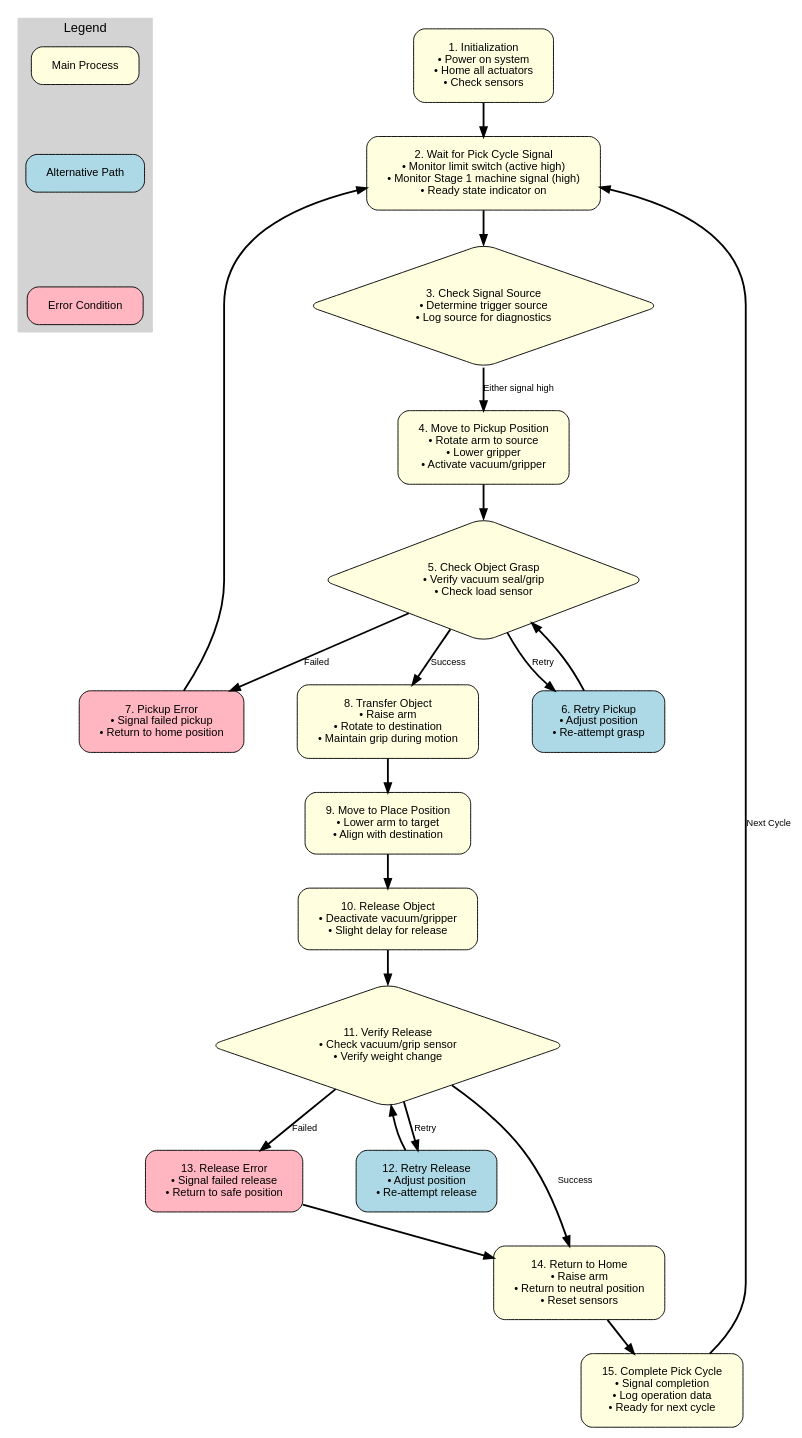
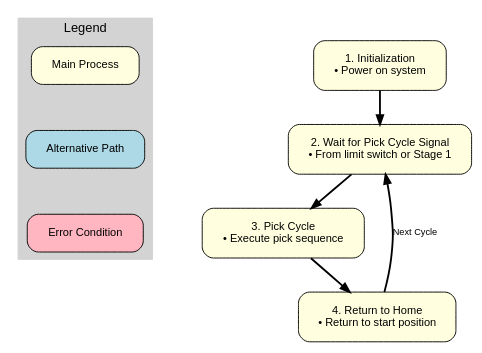
Before and after one commit to akivaweil/Transfer-Arm-TA-Mar25: the diagram in flowchart.dot, drawn with Graphviz. The commit also changed 3 other files, not shown here.

```diff
--- a/flowchart.dot
+++ b/flowchart.dot
@@ -1,81 +1,36 @@
 digraph "Transfer_Arm_Flow" {
     // Graph settings
     graph [fontname="Arial", ranksep=0.5, nodesep=0.8, splines=true];
     node [fontname="Arial", fontsize=12, style="filled,rounded", shape=box, margin="0.3,0.2"];
     edge [fontname="Arial", fontsize=10, penwidth=2];
     
     // Legend
     subgraph cluster_legend {
         label="Legend";
         style=filled;
         color=lightgrey;
         fontsize=14;
         
         legend_main [label="Main Process", fillcolor=lightyellow];
         legend_alt [label="Alternative Path", fillcolor=lightblue];
         legend_error [label="Error Condition", fillcolor=lightpink];
         
         legend_main -> legend_alt [style=invis];
         legend_alt -> legend_error [style=invis];
     }
 
     // Nodes
-    start [label="1. Initialization\n• Power on system\n• Home all actuators\n• Check sensors", fillcolor=lightyellow];
+    start [label="1. Initialization\n• Power on system", fillcolor=lightyellow];
     
-    wait_pickup [label="2. Wait for Pick Cycle Signal\n• Monitor limit switch (active high)\n• Monitor Stage 1 machine signal (high)\n• Ready state indicator on", fillcolor=lightyellow];
+    wait_pickup [label="2. Wait for Pick Cycle Signal\n• From limit switch or Stage 1", fillcolor=lightyellow];
     
-    check_signal [label="3. Check Signal Source\n• Determine trigger source\n• Log source for diagnostics", shape=diamond, fillcolor=lightyellow];
+    position_pickup [label="3. Pick Cycle\n• Execute pick sequence", fillcolor=lightyellow];
     
-    position_pickup [label="4. Move to Pickup Position\n• Rotate arm to source\n• Lower gripper\n• Activate vacuum/gripper", fillcolor=lightyellow];
-    
-    check_grasp [label="5. Check Object Grasp\n• Verify vacuum seal/grip\n• Check load sensor", shape=diamond, fillcolor=lightyellow];
-    
-    retry_pickup [label="6. Retry Pickup\n• Adjust position\n• Re-attempt grasp", fillcolor=lightblue];
-    
-    pickup_error [label="7. Pickup Error\n• Signal failed pickup\n• Return to home position", fillcolor=lightpink];
-    
-    transfer [label="8. Transfer Object\n• Raise arm\n• Rotate to destination\n• Maintain grip during motion", fillcolor=lightyellow];
-    
-    position_place [label="9. Move to Place Position\n• Lower arm to target\n• Align with destination", fillcolor=lightyellow];
-    
-    release_object [label="10. Release Object\n• Deactivate vacuum/gripper\n• Slight delay for release", fillcolor=lightyellow];
-    
-    check_release [label="11. Verify Release\n• Check vacuum/grip sensor\n• Verify weight change", shape=diamond, fillcolor=lightyellow];
-    
-    retry_release [label="12. Retry Release\n• Adjust position\n• Re-attempt release", fillcolor=lightblue];
-    
-    release_error [label="13. Release Error\n• Signal failed release\n• Return to safe position", fillcolor=lightpink];
-    
-    return_home [label="14. Return to Home\n• Raise arm\n• Return to neutral position\n• Reset sensors", fillcolor=lightyellow];
-    
-    complete_cycle [label="15. Complete Pick Cycle\n• Signal completion\n• Log operation data\n• Ready for next cycle", fillcolor=lightyellow];
+    return_home [label="4. Return to Home\n• Return to start position", fillcolor=lightyellow];
     
     // Edges
     start -> wait_pickup;
-    wait_pickup -> check_signal;
-    
-    check_signal -> position_pickup [label="Either signal high"];
-    
-    position_pickup -> check_grasp;
-    
-    check_grasp -> transfer [label="Success"];
-    check_grasp -> retry_pickup [label="Retry"];
-    check_grasp -> pickup_error [label="Failed"];
-    
-    retry_pickup -> check_grasp;
-    pickup_error -> wait_pickup;
-    
-    transfer -> position_place;
-    position_place -> release_object;
-    release_object -> check_release;
-    
-    check_release -> return_home [label="Success"];
-    check_release -> retry_release [label="Retry"];
-    check_release -> release_error [label="Failed"];
-    
-    retry_release -> check_release;
-    release_error -> return_home;
-    
-    return_home -> complete_cycle;
-    complete_cycle -> wait_pickup [label="Next Cycle"];
+    wait_pickup -> position_pickup;
+    position_pickup -> return_home;
+    return_home -> wait_pickup [label="Next Cycle"];
 } 
```
